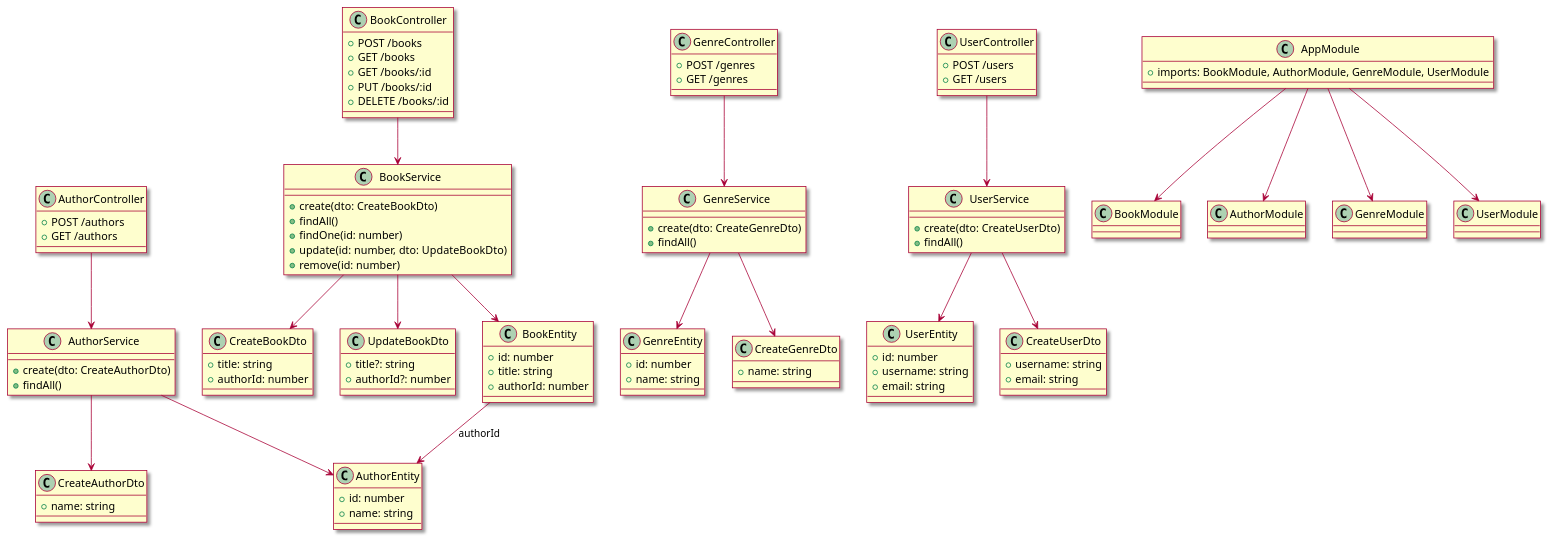
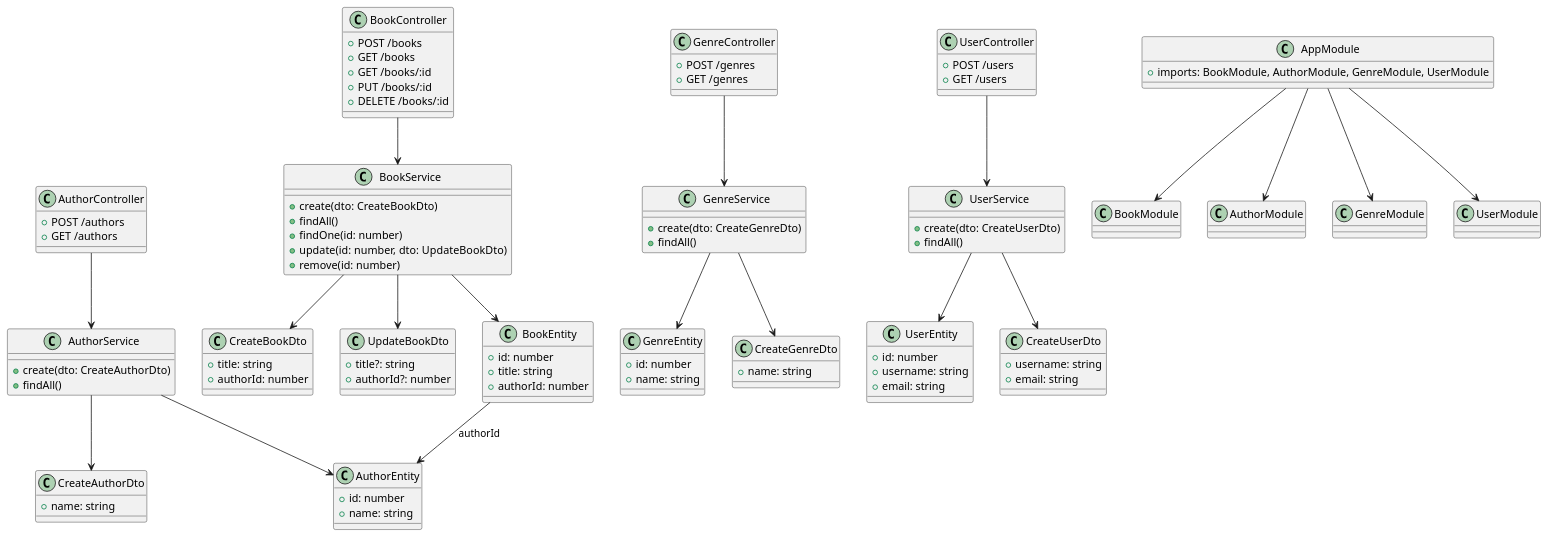
The diagram in prueba.puml (LucasFrey-tech/Biblioteca), drawn with PlantUML before and after one commit. The commit also changed 15 other files, not shown here.

```diff
--- a/prueba.puml
+++ b/prueba.puml
@@ -1,148 +1,146 @@
-@startuml
-skin rose
-' skinparam classAttributeIconSize 0
+@startuml prueba
 
 '======================
 ' Entidades
 '======================
 
 class BookEntity {
   + id: number
   + title: string
   + authorId: number
 }
 
 class AuthorEntity {
   + id: number
   + name: string
 }
 
 class GenreEntity {
   + id: number
   + name: string
 }
 
 class UserEntity {
   + id: number
   + username: string
   + email: string
 }
 
 
 '======================
 ' DTOs
 '======================
 
 class CreateBookDto {
   + title: string
   + authorId: number
 }
 
 class UpdateBookDto {
   + title?: string
   + authorId?: number
 }
 
 class CreateAuthorDto {
   + name: string
 }
 
 class CreateGenreDto {
   + name: string
 }
 
 class CreateUserDto {
   + username: string
   + email: string
 }
 
 
 '======================
 ' Services
 '======================
 
 class BookService {
   + create(dto: CreateBookDto)
   + findAll()
   + findOne(id: number)
   + update(id: number, dto: UpdateBookDto)
   + remove(id: number)
 }
 
 class AuthorService {
   + create(dto: CreateAuthorDto)
   + findAll()
 }
 
 class GenreService {
   + create(dto: CreateGenreDto)
   + findAll()
 }
 
 class UserService {
   + create(dto: CreateUserDto)
   + findAll()
 }
 
 
 '======================
 ' Controllers
 '======================
 
 class BookController {
   + POST /books
   + GET /books
   + GET /books/:id
   + PUT /books/:id
   + DELETE /books/:id
 }
 
 class AuthorController {
   + POST /authors
   + GET /authors
 }
 
 class GenreController {
   + POST /genres
   + GET /genres
 }
 
 class UserController {
   + POST /users
   + GET /users
 }
 
 
 class AppModule {
   + imports: BookModule, AuthorModule, GenreModule, UserModule
 }
 
 AppModule --> BookModule
 AppModule --> AuthorModule
 AppModule --> GenreModule
 AppModule --> UserModule
 
 '======================
 ' Relaciones
 '======================
 
 BookController --> BookService
 BookService --> BookEntity
 BookService --> CreateBookDto
 BookService --> UpdateBookDto
 
 AuthorController --> AuthorService
 AuthorService --> AuthorEntity
 AuthorService --> CreateAuthorDto
 
 GenreController --> GenreService
 GenreService --> GenreEntity
 GenreService --> CreateGenreDto
 
 UserController --> UserService
 UserService --> UserEntity
 UserService --> CreateUserDto
 
 BookEntity --> AuthorEntity : authorId
 
 @enduml
```
